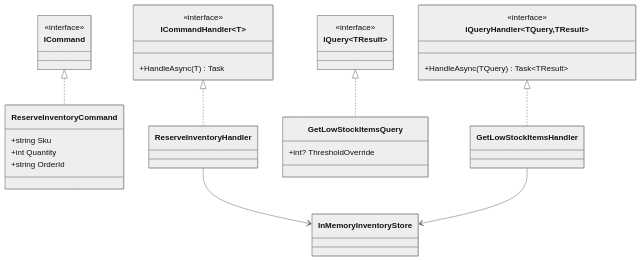
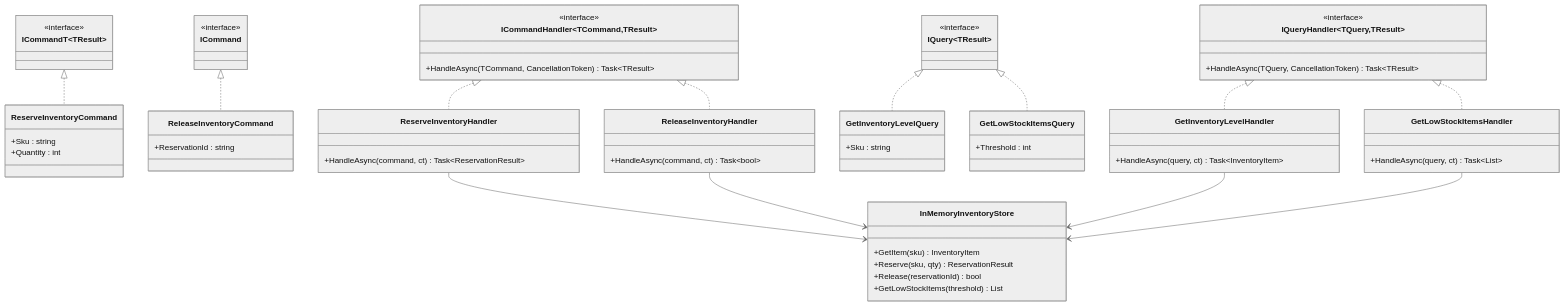
Before and after one commit to senapatisantosh/DotnetAdvanceDesignPattern: the first of 2 diagrams in src/DesignPatterns.Enterprise/Cqrs/README.md, drawn with Mermaid (neutral theme). The commit also changed other lines of this file and 3 other files, not shown here.

````diff
--- a/src/DesignPatterns.Enterprise/Cqrs/README.md
+++ b/src/DesignPatterns.Enterprise/Cqrs/README.md
@@ -83,31 +79,67 @@
 ```mermaid
 classDiagram
-    class ICommand {<<interface>>}
-    class ICommandHandler~T~ {
+    class ICommand {
         <<interface>>
-        +HandleAsync(T) Task
     }
-    class IQuery~TResult~ {<<interface>>}
+    class ICommandT~TResult~ {
+        <<interface>>
+    }
+    class ICommandHandler~TCommand,TResult~ {
+        <<interface>>
+        +HandleAsync(TCommand, CancellationToken) Task~TResult~
+    }
+    class IQuery~TResult~ {
+        <<interface>>
+    }
     class IQueryHandler~TQuery,TResult~ {
         <<interface>>
-        +HandleAsync(TQuery) Task~TResult~
+        +HandleAsync(TQuery, CancellationToken) Task~TResult~
     }
+
     class ReserveInventoryCommand {
-        +string Sku
-        +int Quantity
-        +string OrderId
+        +Sku : string
+        +Quantity : int
     }
-    class ReserveInventoryHandler
+    class ReleaseInventoryCommand {
+        +ReservationId : string
+    }
+    class ReserveInventoryHandler {
+        +HandleAsync(command, ct) Task~ReservationResult~
+    }
+    class ReleaseInventoryHandler {
+        +HandleAsync(command, ct) Task~bool~
+    }
+
+    class GetInventoryLevelQuery {
+        +Sku : string
+    }
     class GetLowStockItemsQuery {
-        +int? ThresholdOverride
+        +Threshold : int
     }
-    class GetLowStockItemsHandler
-    class InMemoryInventoryStore
+    class GetInventoryLevelHandler {
+        +HandleAsync(query, ct) Task~InventoryItem~
+    }
+    class GetLowStockItemsHandler {
+        +HandleAsync(query, ct) Task~List~
+    }
 
-    ICommand <|.. ReserveInventoryCommand
-    ICommandHandler~T~ <|.. ReserveInventoryHandler
+    class InMemoryInventoryStore {
+        +GetItem(sku) InventoryItem
+        +Reserve(sku, qty) ReservationResult
+        +Release(reservationId) bool
+        +GetLowStockItems(threshold) List
+    }
+
+    ICommandT~TResult~ <|.. ReserveInventoryCommand
+    ICommand <|.. ReleaseInventoryCommand
+    ICommandHandler~TCommand,TResult~ <|.. ReserveInventoryHandler
+    ICommandHandler~TCommand,TResult~ <|.. ReleaseInventoryHandler
+    IQuery~TResult~ <|.. GetInventoryLevelQuery
     IQuery~TResult~ <|.. GetLowStockItemsQuery
+    IQueryHandler~TQuery,TResult~ <|.. GetInventoryLevelHandler
     IQueryHandler~TQuery,TResult~ <|.. GetLowStockItemsHandler
     ReserveInventoryHandler --> InMemoryInventoryStore
+    ReleaseInventoryHandler --> InMemoryInventoryStore
+    GetInventoryLevelHandler --> InMemoryInventoryStore
     GetLowStockItemsHandler --> InMemoryInventoryStore
 ```
````
